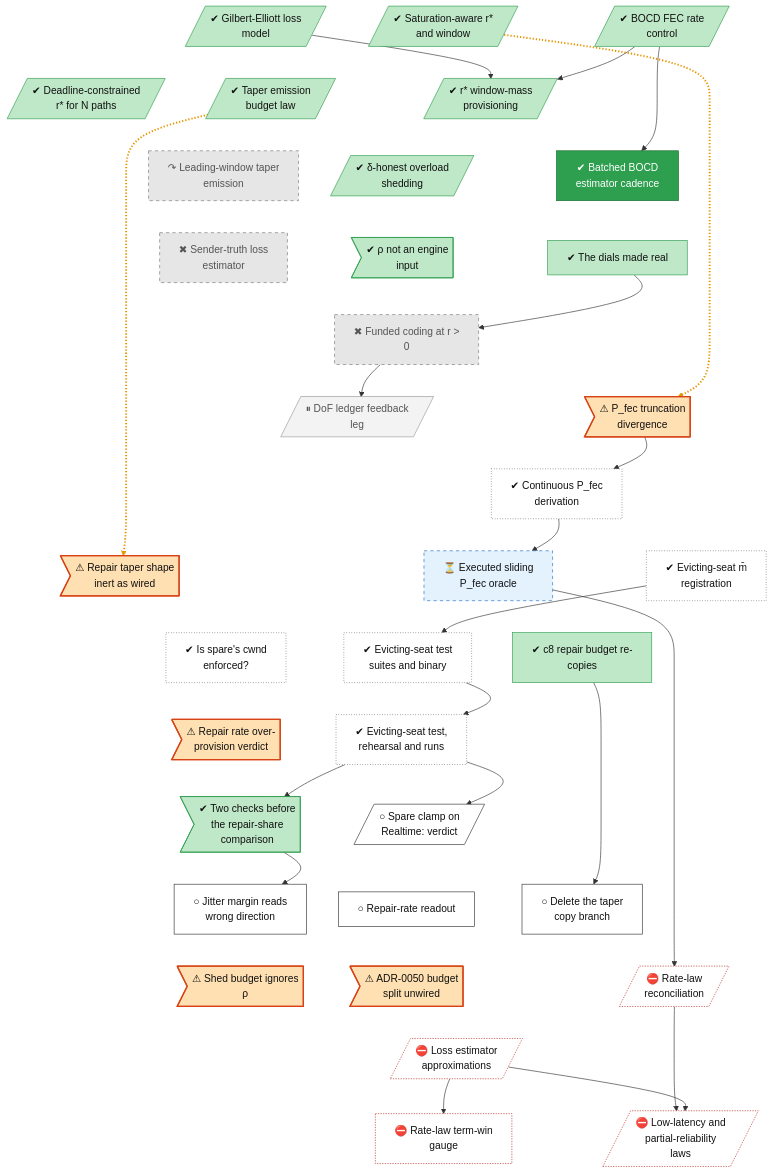
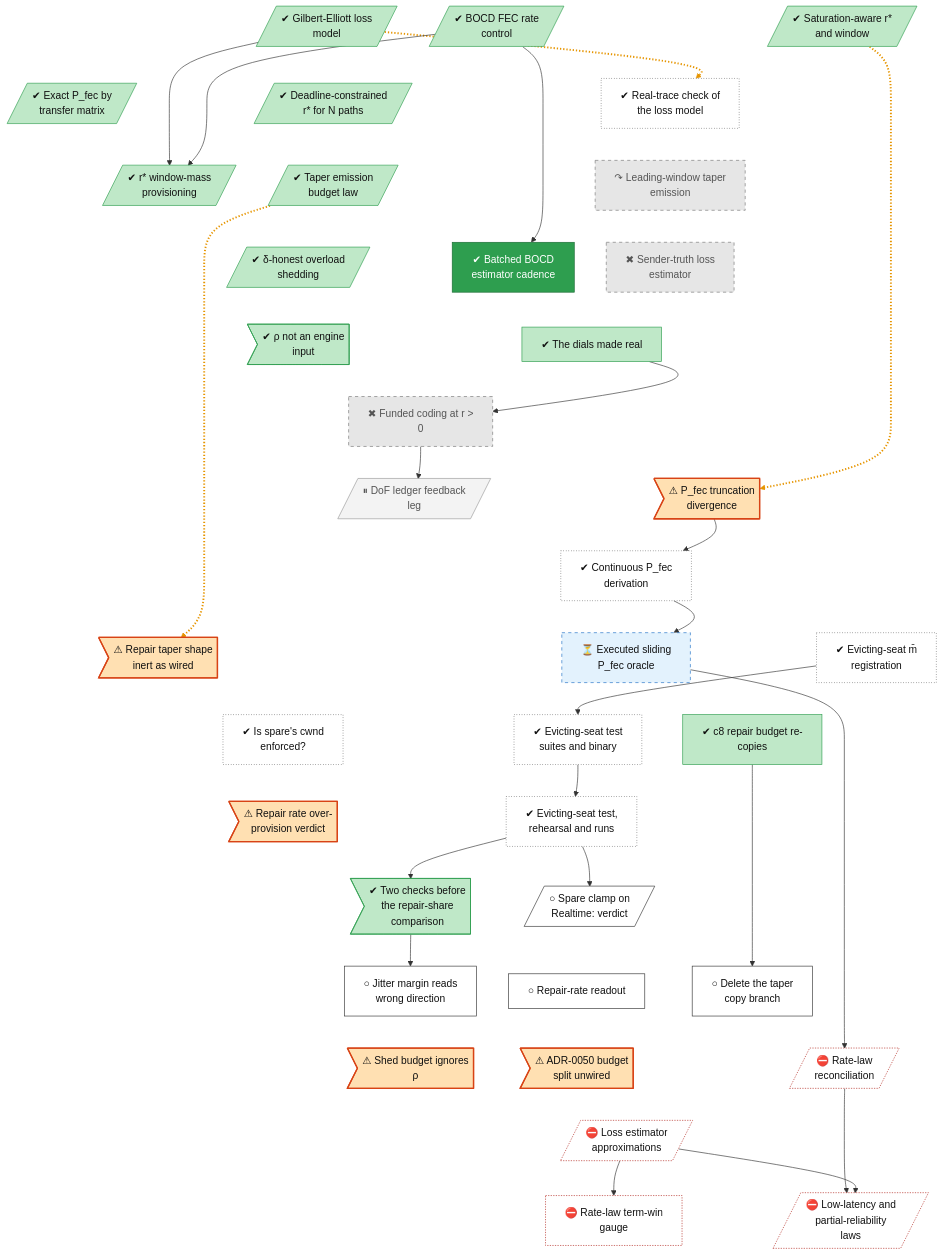
One commit to lhns/raptorpath changed the diagram in docs/roadmap/tracks/rate.md. Above: the diagram before and after it, drawn with Mermaid. The commit also changed other lines of this file and 17 other files, not shown here.

First line of the commit message:
roadmap: apply the merged-roadmap review

```diff
--- a/docs/roadmap/tracks/rate.md
+++ b/docs/roadmap/tracks/rate.md
@@ -12,7 +12,9 @@
     rate_ge_hmm[/"✔ Gilbert-Elliott loss<br/>model"/]
     rate_fec_rate_v1[/"✔ BOCD FEC rate<br/>control"/]
     rate_saturation_rstar[/"✔ Saturation-aware r*<br/>and window"/]
+    rate_pfec_exact[/"✔ Exact P_fec by<br/>transfer matrix"/]
     rate_deadline_rstar[/"✔ Deadline-constrained<br/>r* for N paths"/]
+    rate_ge_real_trace["✔ Real-trace check of<br/>the loss model"]
     rate_rstar_window_mass[/"✔ r* window-mass<br/>provisioning"/]
     rate_taper_r[/"✔ Taper emission<br/>budget law"/]
     rate_leading_taper["↷ Leading-window taper<br/>emission"]
@@ -44,16 +46,18 @@
     rate_fix_estimators[/"⛔ Loss estimator<br/>approximations"/]
     rate_fix_term_gauge["⛔ Rate-law term-win<br/>gauge"]
     rate_fix_rho_realtime[/"⛔ Low-latency and<br/>partial-reliability<br/>laws"/]
-    rate_ge_hmm ~~~ rate_deadline_rstar
-    rate_fec_rate_v1 ~~~ rate_rstar_window_mass
-    rate_saturation_rstar ~~~ rate_taper_r
-    rate_deadline_rstar ~~~ rate_leading_taper
+    rate_ge_hmm ~~~ rate_pfec_exact
+    rate_fec_rate_v1 ~~~ rate_deadline_rstar
+    rate_saturation_rstar ~~~ rate_ge_real_trace
+    rate_pfec_exact ~~~ rate_rstar_window_mass
+    rate_deadline_rstar ~~~ rate_taper_r
+    rate_ge_real_trace ~~~ rate_leading_taper
     rate_rstar_window_mass ~~~ rate_unified_shed
     rate_taper_r ~~~ rate_est_cadence
     rate_leading_taper ~~~ rate_sender_truth_loss
     rate_unified_shed ~~~ rate_rho_not_input
     rate_est_cadence ~~~ rate_dials_made_real
-    rate_sender_truth_loss ~~~ rate_r_battery
+    rate_sender_truth_loss ~~~ rate_dials_made_real
     rate_rho_not_input ~~~ rate_r_battery
     rate_dials_made_real ~~~ rate_r_battery
     rate_r_battery ~~~ rate_dof_ledger
@@ -82,6 +86,7 @@
     rate_law_reconcile ~~~ rate_fix_estimators
     rate_fix_estimators ~~~ rate_fix_term_gauge
     rate_fix_estimators ~~~ rate_fix_rho_realtime
+    rate_ge_hmm -.-> rate_ge_real_trace
     rate_saturation_rstar -.-> rate_defect_pfec
     rate_ge_hmm --> rate_rstar_window_mass
     rate_fec_rate_v1 --> rate_rstar_window_mass
@@ -101,7 +106,7 @@
     rate_fix_estimators --> rate_fix_term_gauge
     rate_law_reconcile --> rate_fix_rho_realtime
     rate_fix_estimators --> rate_fix_rho_realtime
-    linkStyle 38,41 stroke:#e69500,stroke-width:3px,stroke-dasharray:2 3
+    linkStyle 40,41,44 stroke:#e69500,stroke-width:3px,stroke-dasharray:2 3
     classDef vsucc fill:#2e9e4f,stroke:#1b6b34,color:#fff
     classDef succ fill:#bfe8c8,stroke:#2e9e4f,color:#111
     classDef mixed fill:#ffd37a,stroke:#c98a00,color:#111
@@ -115,12 +120,12 @@
     classDef userdec fill:#d9c2f0,stroke:#7b3fb5,color:#111
     classDef defect fill:#ffe0b2,stroke:#d84315,stroke-width:2px,color:#111
     classDef waiting fill:#e3f2fd,stroke:#1f6fc5,stroke-dasharray:5 5,color:#111
-    class rate_ge_hmm,rate_fec_rate_v1,rate_saturation_rstar,rate_deadline_rstar,rate_rstar_window_mass,rate_taper_r,rate_unified_shed,rate_rho_not_input,rate_dials_made_real,rate_c8_frontier_recopy,rate_k4_input_checks succ
+    class rate_ge_hmm,rate_fec_rate_v1,rate_saturation_rstar,rate_pfec_exact,rate_deadline_rstar,rate_rstar_window_mass,rate_taper_r,rate_unified_shed,rate_rho_not_input,rate_dials_made_real,rate_c8_frontier_recopy,rate_k4_input_checks succ
+    class rate_ge_real_trace,rate_pfec_continuous,rate_evict_registration,rate_spare_cwnd,rate_evict_epre,rate_evict_session unrated
     class rate_leading_taper,rate_sender_truth_loss,rate_r_battery dead
     class rate_est_cadence vsucc
     class rate_dof_ledger parked
     class rate_defect_pfec,rate_defect_taper_inert,rate_overprovision_verdict,rate_shed_budget_rho,rate_adr50_split_unwired defect
-    class rate_pfec_continuous,rate_evict_registration,rate_spare_cwnd,rate_evict_epre,rate_evict_session unrated
     class rate_pfec_oracle waiting
     class rate_spare_clamp_verdict,rate_delta_jitter_fix,rate_fix_rate_readout,rate_s06_plost_derivation next
     class rate_law_reconcile,rate_fix_estimators,rate_fix_term_gauge,rate_fix_rho_realtime blocked
```
